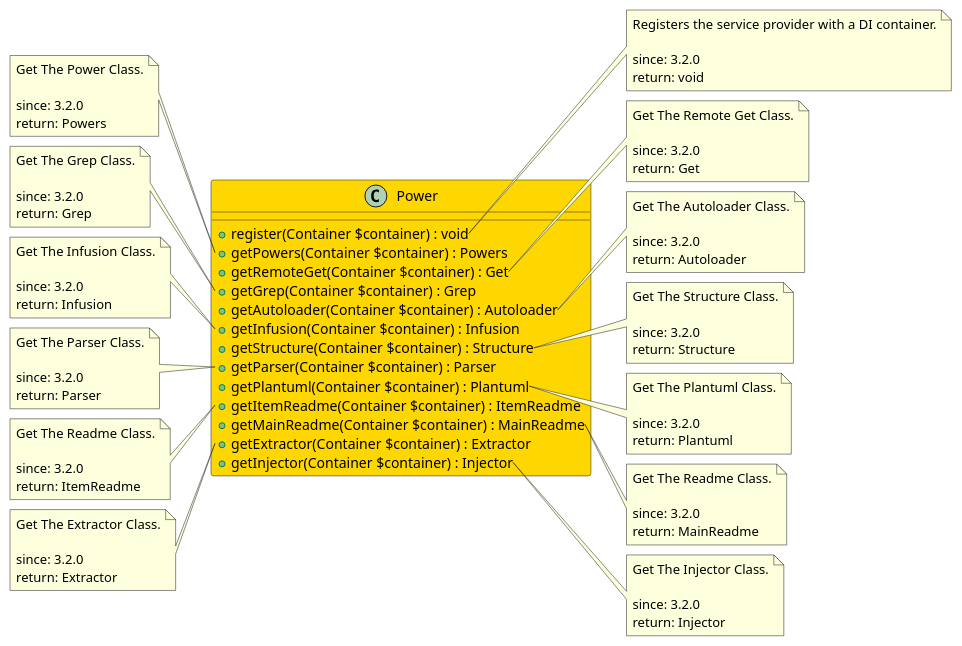
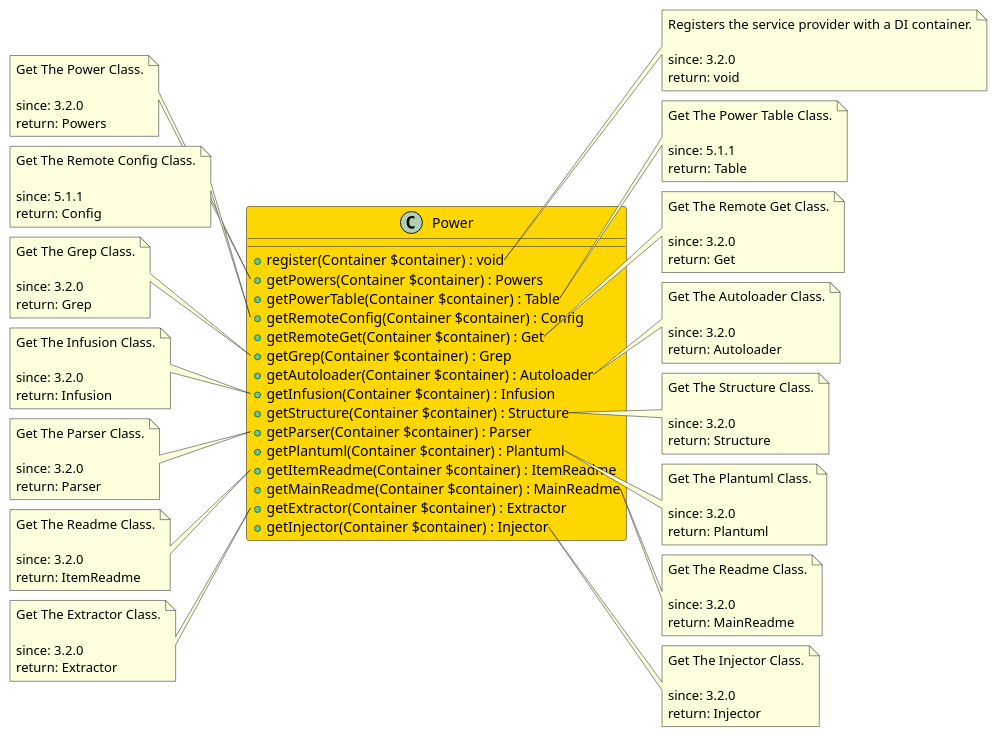
The diagram in src/de01527a-6586-46ea-92e7-11ea3de1cedb/README.md (joomengine/jcb-compiler), drawn with PlantUML before and after one commit. The commit also changed 99 other files, not shown here.

```diff
--- a/src/de01527a-6586-46ea-92e7-11ea3de1cedb/README.md
+++ b/src/de01527a-6586-46ea-92e7-11ea3de1cedb/README.md
@@ -14,6 +14,8 @@
 class Power  #Gold {
   + register(Container $container) : void
   + getPowers(Container $container) : Powers
+  + getPowerTable(Container $container) : Table
+  + getRemoteConfig(Container $container) : Config
   + getRemoteGet(Container $container) : Get
   + getGrep(Container $container) : Grep
   + getAutoloader(Container $container) : Autoloader
@@ -39,6 +41,20 @@
 
   since: 3.2.0
   return: Powers
+end note
+
+note right of Power::getPowerTable
+  Get The Power Table Class.
+
+  since: 5.1.1
+  return: Table
+end note
+
+note left of Power::getRemoteConfig
+  Get The Remote Config Class.
+
+  since: 5.1.1
+  return: Config
 end note
 
 note right of Power::getRemoteGet
```
